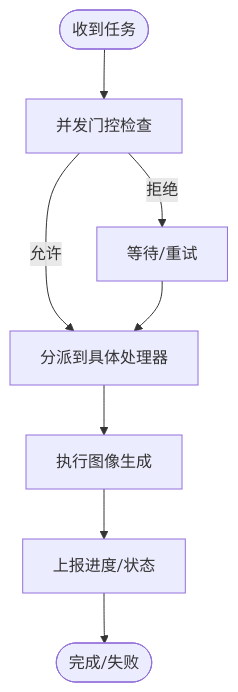
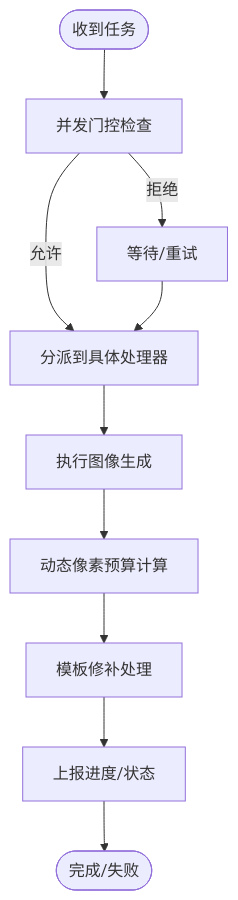
The third of 10 diagrams in .qoder/repowiki/zh/content/小说推广工作流/图像生成集成.md (lyl2021/waoowaoo), drawn with Mermaid before and after one commit. The commit also changed other lines of this file and 15 other files, not shown here.

````diff
--- a/.qoder/repowiki/zh/content/小说推广工作流/图像生成集成.md
+++ b/.qoder/repowiki/zh/content/小说推广工作流/图像生成集成.md
@@ -251,10 +287,12 @@
 ```mermaid
 flowchart TD
 Start(["收到任务"]) --> Gate["并发门控检查"]
 Gate --> |允许| Dispatch["分派到具体处理器"]
 Gate --> |拒绝| Wait["等待/重试"]
 Dispatch --> Handler["执行图像生成"]
-Handler --> Report["上报进度/状态"]
+Handler --> Utils["动态像素预算计算"]
+Utils --> Label["模板修补处理"]
+Label --> Report["上报进度/状态"]
 Report --> Done(["完成/失败"])
 Wait --> Dispatch
 ```
````
